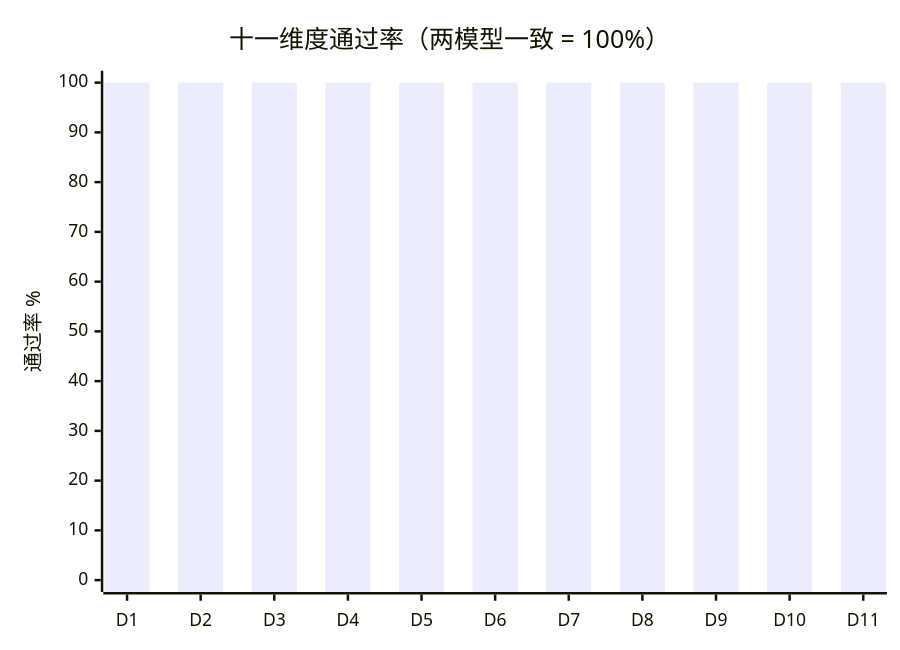
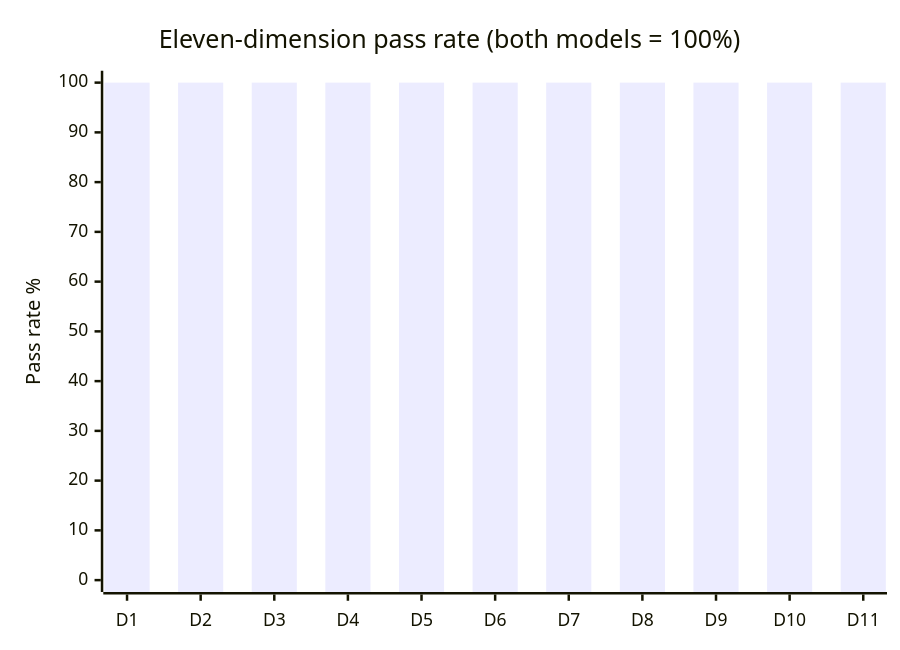
Before and after one commit to fuxicodex/Fuxi: the first of 4 diagrams in benchmark/REPORT.md, drawn with Mermaid. The commit also changed other lines of this file and 2 other files, not shown here.

````diff
--- a/benchmark/REPORT.md
+++ b/benchmark/REPORT.md
@@ -110,7 +112,7 @@
 ```mermaid
 xychart-beta
-    title "十一维度通过率（两模型一致 = 100%）"
+    title "Eleven-dimension pass rate (both models = 100%)"
     x-axis ["D1","D2","D3","D4","D5","D6","D7","D8","D9","D10","D11"]
-    y-axis "通过率 %" 0 --> 100
+    y-axis "Pass rate %" 0 --> 100
     bar [100, 100, 100, 100, 100, 100, 100, 100, 100, 100, 100]
 ```
````
